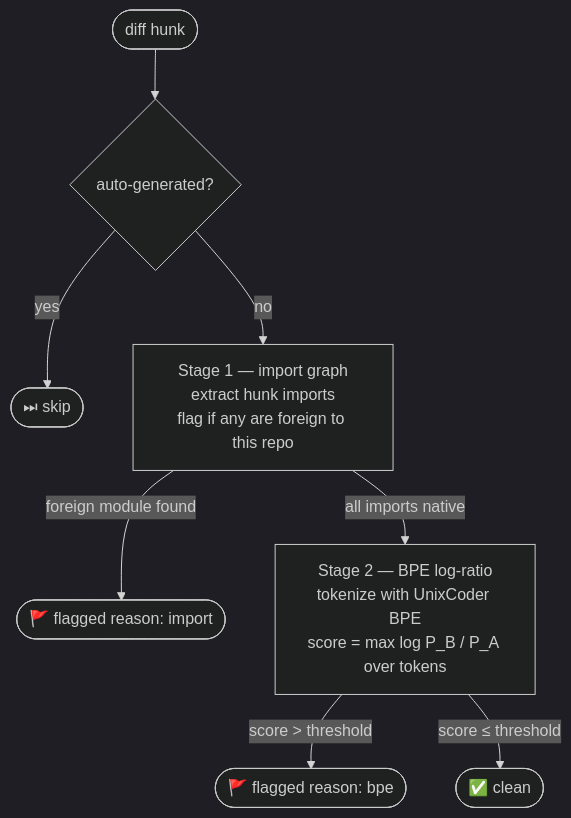
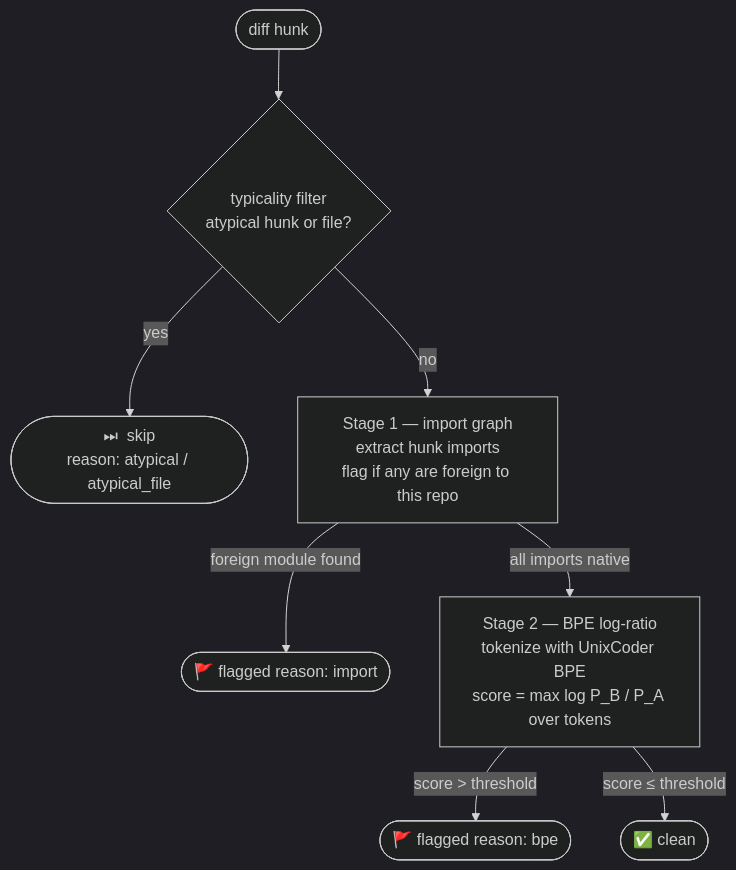
One commit to get-tmonier/argot changed the second of 2 diagrams in README.md. Above: the diagram before and after it, drawn with Mermaid (dark theme). The commit also changed other lines of this file and 37 other files, not shown here.

First line of the commit message:
feat: typicality filter — era 5 calibration hygiene (#21)

````diff
--- a/README.md
+++ b/README.md
@@ -221,10 +221,10 @@
 ```mermaid
 flowchart TD
-    H(["diff hunk"]) --> AG{"auto-generated?"}
-    AG -- yes --> SKIP(["⏭  skip"])
-    AG -- no --> S1["Stage 1 — import graph\nextract hunk imports\nflag if any are foreign to this repo"]
+    H(["diff hunk"]) --> TYP{"typicality filter<br/>atypical hunk or file?"}
+    TYP -- yes --> SKIP(["⏭  skip<br/>reason: atypical / atypical_file"])
+    TYP -- no --> S1["Stage 1 — import graph\nextract hunk imports\nflag if any are foreign to this repo"]
     S1 -- "foreign module found" --> F1(["🚩 flagged  reason: import"])
     S1 -- "all imports native" --> S2["Stage 2 — BPE log-ratio\ntokenize with UnixCoder BPE\nscore = max log P_B / P_A over tokens"]
     S2 -- "score > threshold" --> F2(["🚩 flagged  reason: bpe"])
     S2 -- "score ≤ threshold" --> OK(["✅ clean"])
 ```
````
